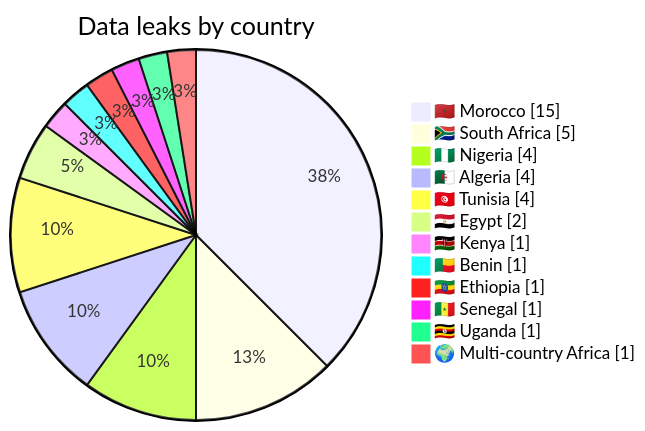
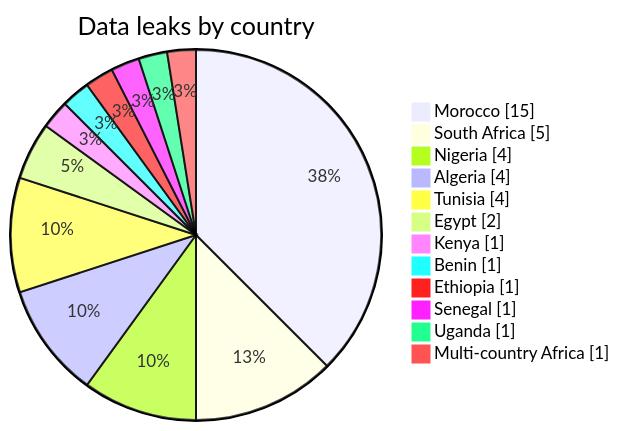
One commit to Hatchepsoute/AFRINTEL changed the third of 5 diagrams in CyberAttackAfrica/2026/04-april/README.md. Above: the diagram before and after it, drawn with Mermaid. The commit also changed other lines of this file and 11 other files, not shown here.

First line of the commit message:
fix: remove all emojis from Mermaid labels in Jan-Jun 2026 reports

````diff
--- a/CyberAttackAfrica/2026/04-april/README.md
+++ b/CyberAttackAfrica/2026/04-april/README.md
@@ -183,16 +183,16 @@
 ```mermaid
 pie showData
-    title Data leaks by country 
-    "🇲🇦 Morocco" : 15
-    "🇿🇦 South Africa" : 5
-    "🇳🇬 Nigeria" : 4
-    "🇩🇿 Algeria" : 4
-    "🇹🇳 Tunisia" : 4
-    "🇪🇬 Egypt" : 2
-    "🇰🇪 Kenya" : 1
-    "🇧🇯 Benin" : 1
-    "🇪🇹 Ethiopia" : 1
-    "🇸🇳 Senegal" : 1
-    "🇺🇬 Uganda" : 1
-    "🌍 Multi-country Africa" : 1
+ title Data leaks by country 
+ "Morocco" : 15
+ "South Africa" : 5
+ "Nigeria" : 4
+ "Algeria" : 4
+ "Tunisia" : 4
+ "Egypt" : 2
+ "Kenya" : 1
+ "Benin" : 1
+ "Ethiopia" : 1
+ "Senegal" : 1
+ "Uganda" : 1
+ "Multi-country Africa" : 1
 ```
````
